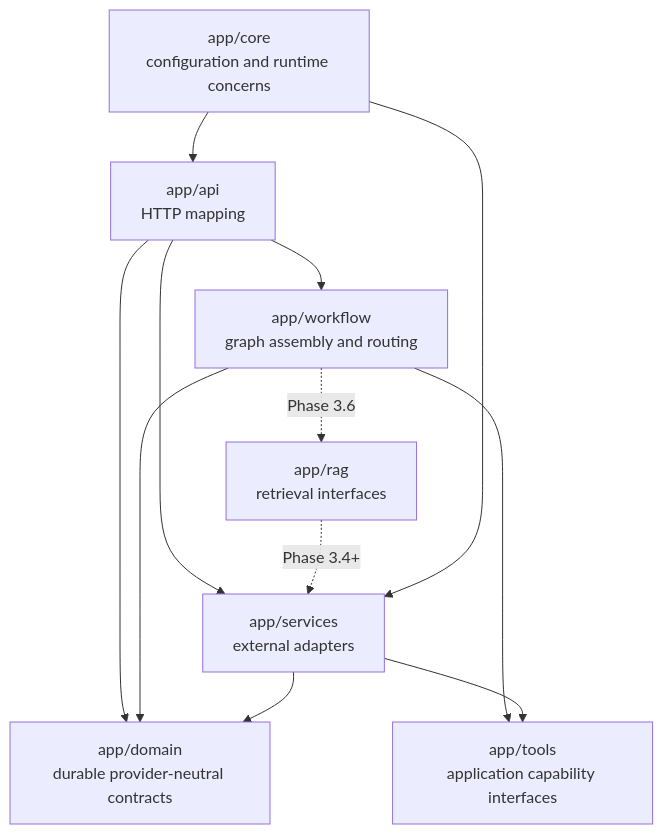
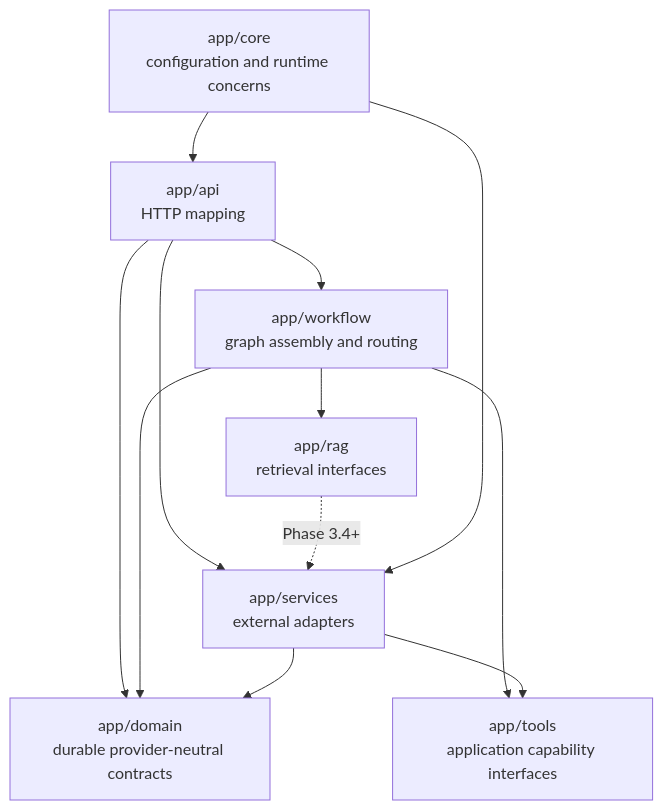
One commit to sanket-nawghare/langchain-poc changed the second of 5 diagrams in docs/ARCHITECTURE.md. Above: the diagram before and after it, drawn with Mermaid. The commit also changed other lines of this file and 6 other files, not shown here.

Commit message:
Retrieval Graph Node and Safe Routing

````diff
--- a/docs/ARCHITECTURE.md
+++ b/docs/ARCHITECTURE.md
@@ -59,22 +59,22 @@
 ```mermaid
 flowchart TD
     API["app/api<br/>HTTP mapping"]
     Workflow["app/workflow<br/>graph assembly and routing"]
     Tools["app/tools<br/>application capability interfaces"]
     RAG["app/rag<br/>retrieval interfaces"]
     Services["app/services<br/>external adapters"]
     Core["app/core<br/>configuration and runtime concerns"]
     Domain["app/domain<br/>durable provider-neutral contracts"]
 
     API --> Domain
     API --> Workflow
     Workflow --> Tools
-    Workflow -. "Phase 3.6" .-> RAG
+    Workflow --> RAG
     Workflow --> Domain
     API --> Services
     Services --> Tools
     RAG -. "Phase 3.4+" .-> Services
     Services --> Domain
     Core --> API
     Core --> Services
 ```
````
